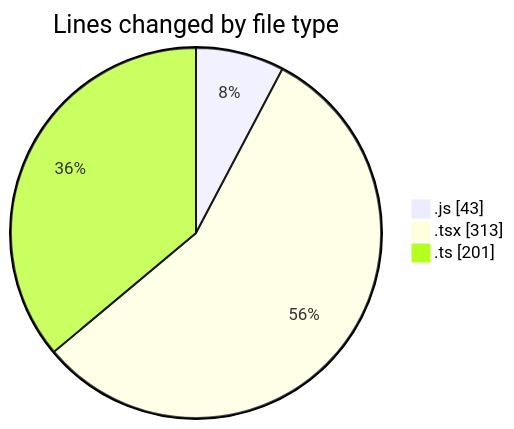
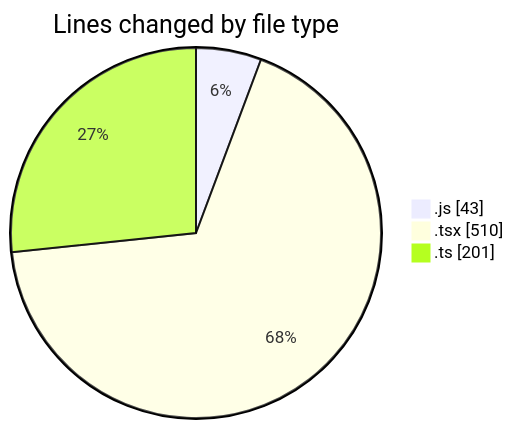
The first of 2 diagrams in 2026-03-09/cda/README.md (momahboobian/code-tracking), drawn with Mermaid before and after one commit. The commit also changed other lines of this file and 1 other file, not shown here.

````diff
--- a/2026-03-09/cda/README.md
+++ b/2026-03-09/cda/README.md
@@ -25,7 +26,7 @@
 ```mermaid
 pie showData
 title Lines changed by file type
 ".js" : 43
-".tsx" : 313
+".tsx" : 510
 ".ts" : 201
 ```
````
